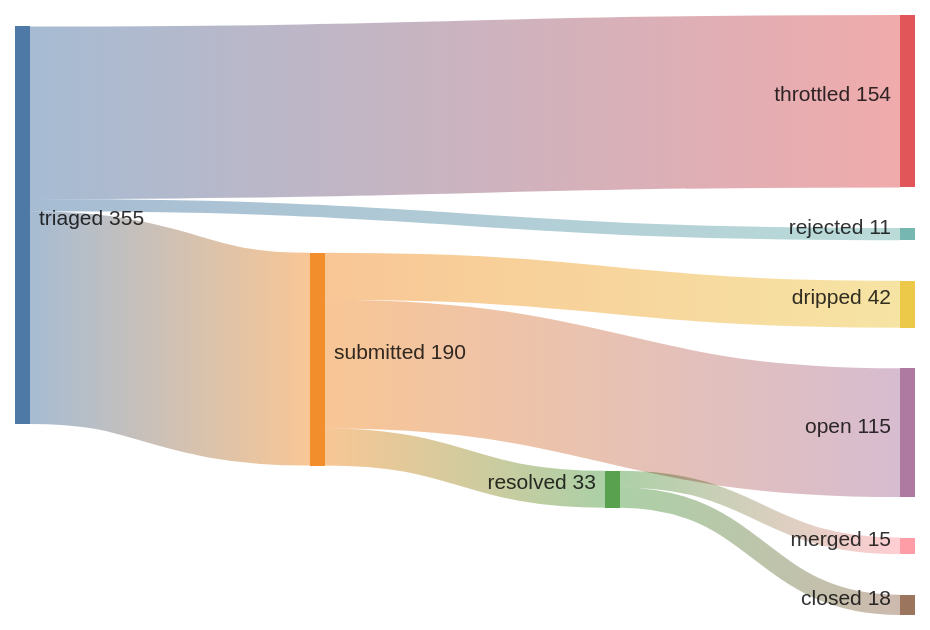
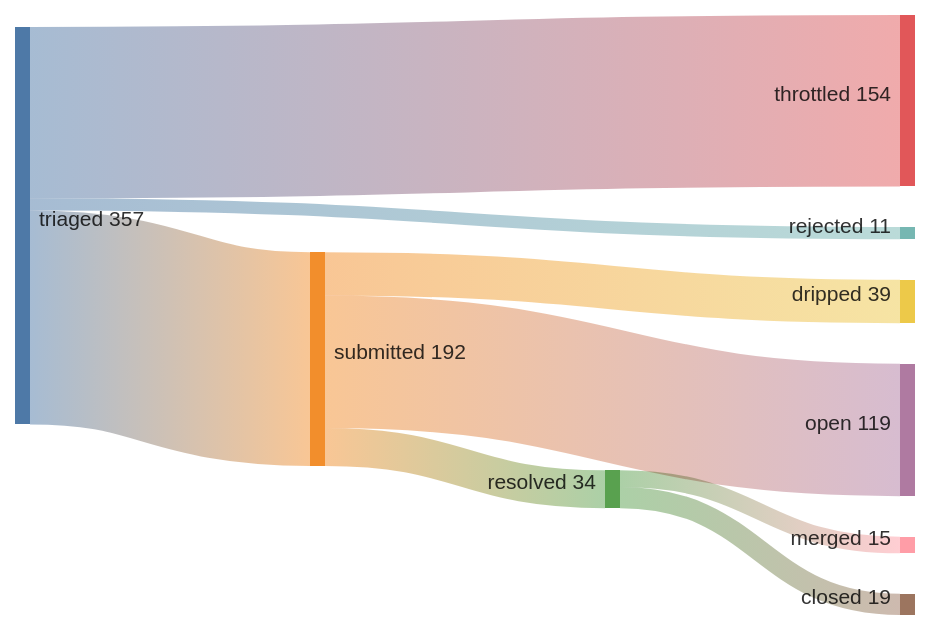
Before and after one commit to kimjune01/kimjune01: the diagram in README.md, drawn with Mermaid. The commit also changed other lines of this file, not shown here.

Commit message:
stats: 15/34 = 44% (04:36 UTC)

````diff
--- a/README.md
+++ b/README.md
@@ -3,11 +3,11 @@
 ```mermaid
 sankey-beta
-    triaged,    submitted, 190
+    triaged,    submitted, 192
     triaged,    throttled, 154
     triaged,    rejected,  11
-    submitted,  resolved,  33
-    submitted,  dripped,   42
-    submitted,  open,      115
+    submitted,  resolved,  34
+    submitted,  dripped,   39
+    submitted,  open,      119
     resolved,   merged,    15
-    resolved,   closed,    18
+    resolved,   closed,    19
 ```
````
